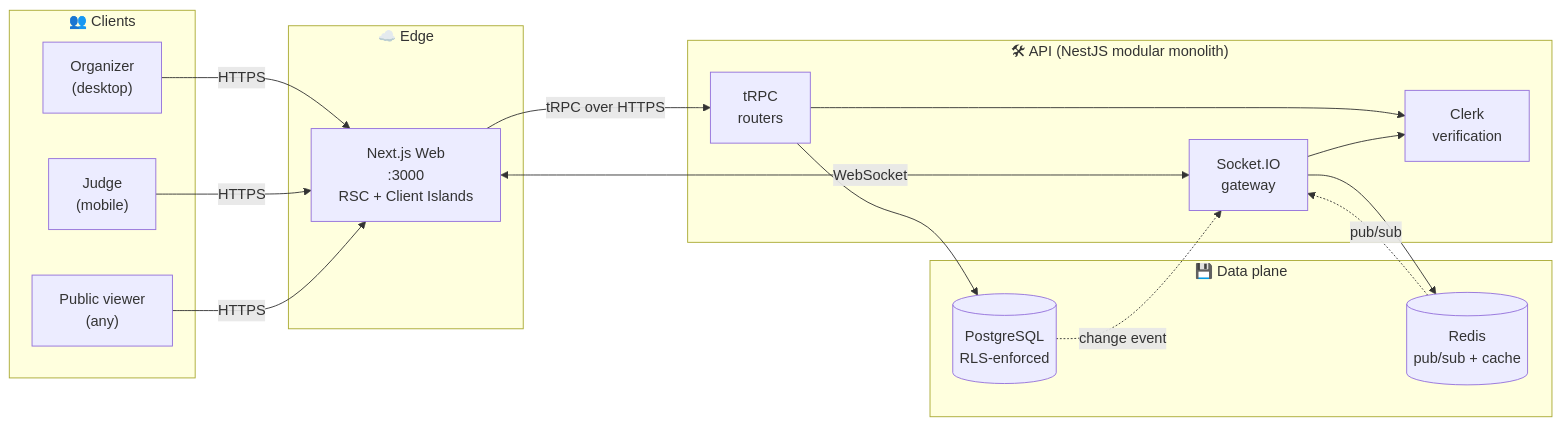
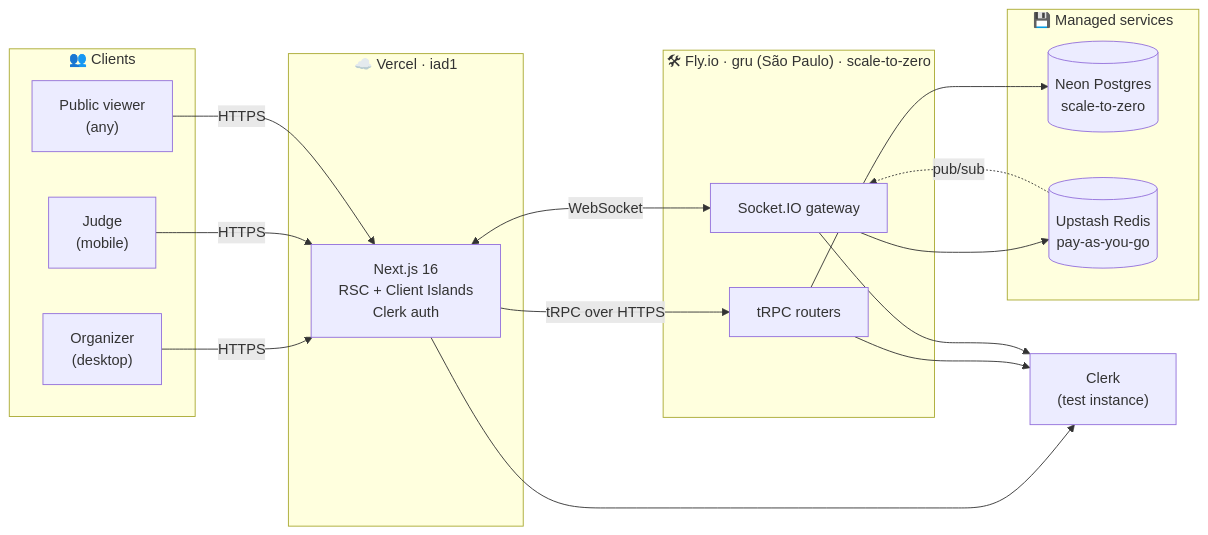
One commit to Dragonarka/competition-platform changed the diagram in docs/index.md. Above: the diagram before and after it, drawn with Mermaid. The commit also changed other lines of this file and 4 other files, not shown here.

````diff
--- a/docs/index.md
+++ b/docs/index.md
@@ -9,37 +19,38 @@
 ```mermaid
 flowchart LR
     subgraph Clients["👥 Clients"]
         Org["Organizer<br/>(desktop)"]
         Judge["Judge<br/>(mobile)"]
         Public["Public viewer<br/>(any)"]
     end
 
-    subgraph Edge["☁️ Edge"]
-        Web["Next.js Web<br/>:3000<br/>RSC + Client Islands"]
+    subgraph Edge["☁️ Vercel · iad1"]
+        Web["Next.js 16<br/>RSC + Client Islands<br/>Clerk auth"]
     end
 
-    subgraph Backend["🛠 API (NestJS modular monolith)"]
-        TRPC["tRPC<br/>routers"]
-        WS["Socket.IO<br/>gateway"]
-        Auth["Clerk<br/>verification"]
+    subgraph Backend["🛠 Fly.io · gru (São Paulo) · scale-to-zero"]
+        TRPC["tRPC routers"]
+        WS["Socket.IO gateway"]
     end
 
-    subgraph Data["💾 Data plane"]
-        PG[("PostgreSQL<br/>RLS-enforced")]
-        Redis[("Redis<br/>pub/sub + cache")]
+    subgraph Data["💾 Managed services"]
+        PG[("Neon Postgres<br/>scale-to-zero")]
+        Redis[("Upstash Redis<br/>pay-as-you-go")]
     end
+
+    Clerk["Clerk<br/>(test instance)"]
 
     Org -->|HTTPS| Web
     Judge -->|HTTPS| Web
     Public -->|HTTPS| Web
 
     Web -->|tRPC over HTTPS| TRPC
     Web <-->|WebSocket| WS
 
-    TRPC --> Auth
-    WS --> Auth
+    Web --> Clerk
+    TRPC --> Clerk
+    WS --> Clerk
     TRPC --> PG
     WS --> Redis
     Redis -.->|pub/sub| WS
-    PG -.->|change event| WS
 ```
````
